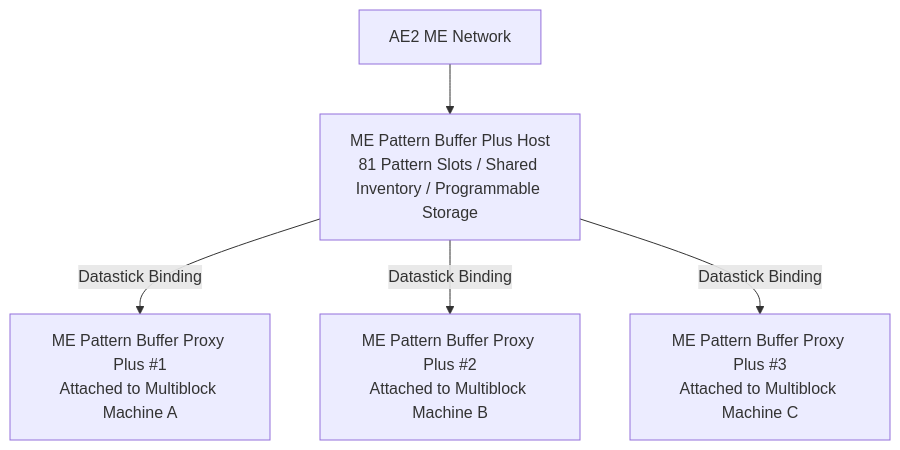
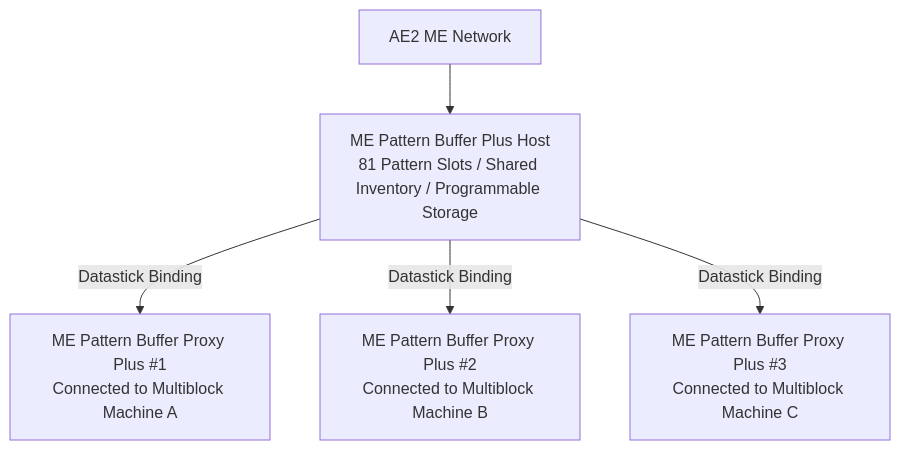
The diagram in docs/en/gtecore/ae2-integration.md (takanashisatou/GregtechEasy), drawn with Mermaid before and after one commit. The commit also changed other lines of this file and 138 other files, not shown here.

````diff
--- a/docs/en/gtecore/ae2-integration.md
+++ b/docs/en/gtecore/ae2-integration.md
@@ -13,7 +13,7 @@
 ```mermaid
 graph TD
     A[AE2 ME Network] --> B[ME Pattern Buffer Plus Host<br/>81 Pattern Slots / Shared Inventory / Programmable Storage]
-    B -->|Datastick Binding| C[ME Pattern Buffer Proxy Plus #1<br/>Attached to Multiblock Machine A]
-    B -->|Datastick Binding| D[ME Pattern Buffer Proxy Plus #2<br/>Attached to Multiblock Machine B]
-    B -->|Datastick Binding| E[ME Pattern Buffer Proxy Plus #3<br/>Attached to Multiblock Machine C]
+    B -->|Datastick Binding| C[ME Pattern Buffer Proxy Plus #1<br/>Connected to Multiblock Machine A]
+    B -->|Datastick Binding| D[ME Pattern Buffer Proxy Plus #2<br/>Connected to Multiblock Machine B]
+    B -->|Datastick Binding| E[ME Pattern Buffer Proxy Plus #3<br/>Connected to Multiblock Machine C]
 ```
````
